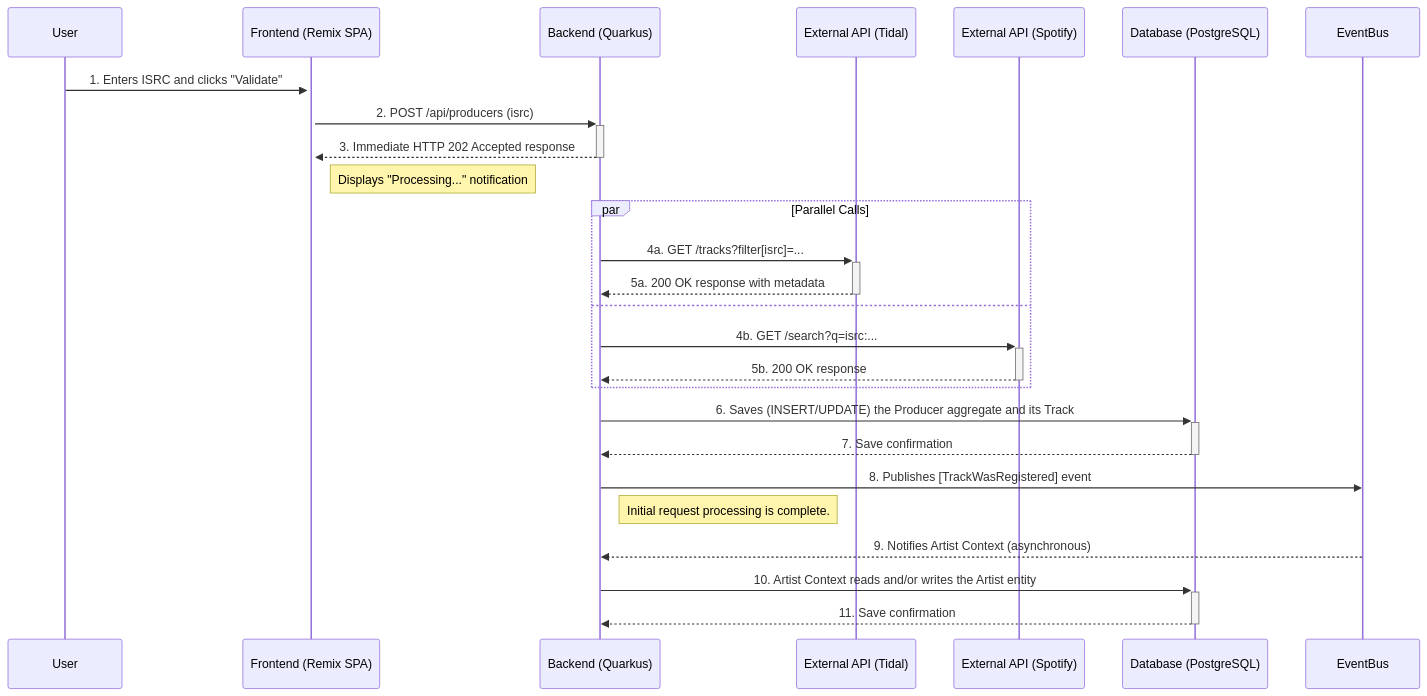
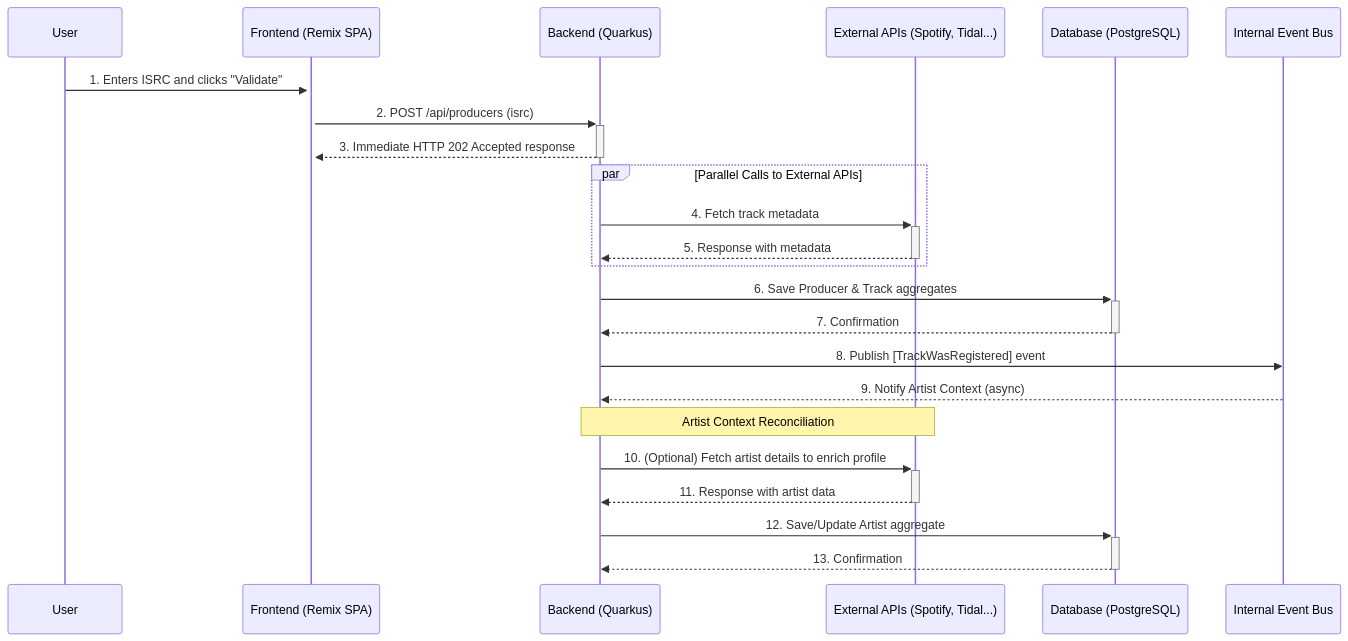
The first of 4 diagrams in docs/architecture.md (fredericMagnenat/music-hub-project), drawn with Mermaid before and after one commit. The commit also changed other lines of this file and 17 other files, not shown here.

`````diff
--- a/docs/architecture.md
+++ b/docs/architecture.md
@@ -39,36 +40,33 @@
 ```mermaid
 sequenceDiagram
     participant User
     participant FE as Frontend (Remix SPA)
     participant BE as Backend (Quarkus)
-    participant Tidal as External API (Tidal)
-    participant Spotify as External API (Spotify)
+    participant ExtServices as External APIs (Spotify, Tidal...)
     participant DB as Database (PostgreSQL)
-    participant EventBus
-    
+    participant EventBus as Internal Event Bus
+
     User->>+FE: 1. Enters ISRC and clicks "Validate"
     FE->>+BE: 2. POST /api/producers (isrc)
-    
+
     BE-->>-FE: 3. Immediate HTTP 202 Accepted response
-    Note right of FE: Displays "Processing..." notification
-    
-    par Parallel Calls
-        BE->>+Tidal: 4a. GET /tracks?filter[isrc]=...
-        Tidal-->>-BE: 5a. 200 OK response with metadata
-    and
-        BE->>+Spotify: 4b. GET /search?q=isrc:...
-        Spotify-->>-BE: 5b. 200 OK response
+
+    par Parallel Calls to External APIs
+        BE->>+ExtServices: 4. Fetch track metadata
+        ExtServices-->>-BE: 5. Response with metadata
     end
-    
-    BE->>+DB: 6. Saves (INSERT/UPDATE) the Producer aggregate and its Track
-    DB-->>-BE: 7. Save confirmation
-    
-    BE->>EventBus: 8. Publishes [TrackWasRegistered] event
-    
-    Note right of BE: Initial request processing is complete.
-    
-    EventBus-->>BE: 9. Notifies Artist Context (asynchronous)
-    
-    BE->>+DB: 10. Artist Context reads and/or writes the Artist entity
-    DB-->>-BE: 11. Save confirmation
-````
+
+    BE->>+DB: 6. Save Producer & Track aggregates
+    DB-->>-BE: 7. Confirmation
+
+    BE->>EventBus: 8. Publish [TrackWasRegistered] event
+
+    EventBus-->>BE: 9. Notify Artist Context (async)
+
+    Note over BE,ExtServices: Artist Context Reconciliation
+    BE->>+ExtServices: 10. (Optional) Fetch artist details to enrich profile
+    ExtServices-->>-BE: 11. Response with artist data
+
+    BE->>+DB: 12. Save/Update Artist aggregate
+    DB-->>-BE: 13. Confirmation
+```
`````
